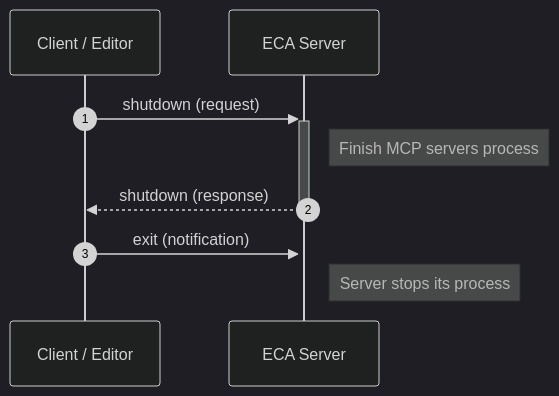
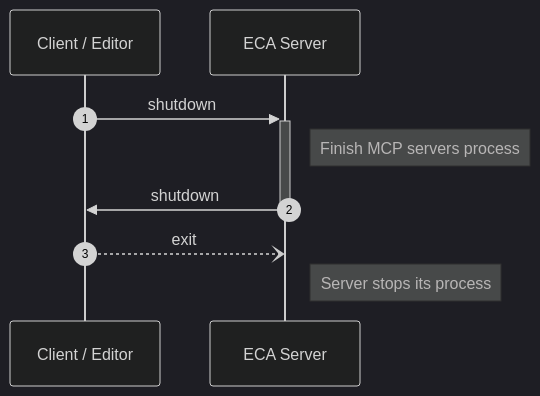
Before and after one commit to emerson-matos/eca: the second of 3 diagrams in docs/protocol.md, drawn with Mermaid (dark theme). The commit also changed other lines of this file, not shown here.

````diff
--- a/docs/protocol.md
+++ b/docs/protocol.md
@@ -78,11 +78,11 @@
     ```mermaid
     sequenceDiagram
         autonumber
         participant C as Client / Editor
         participant S as ECA Server
-        C->>+S: shutdown (request)
+        C->>+S: shutdown
         Note right of S: Finish MCP servers process
-        S-->>-C: shutdown (response)
-        C->>+S: exit (notification)
+        S->>-C: shutdown
+        C--)S: exit
         Note right of S: Server stops its process
     ```
````
